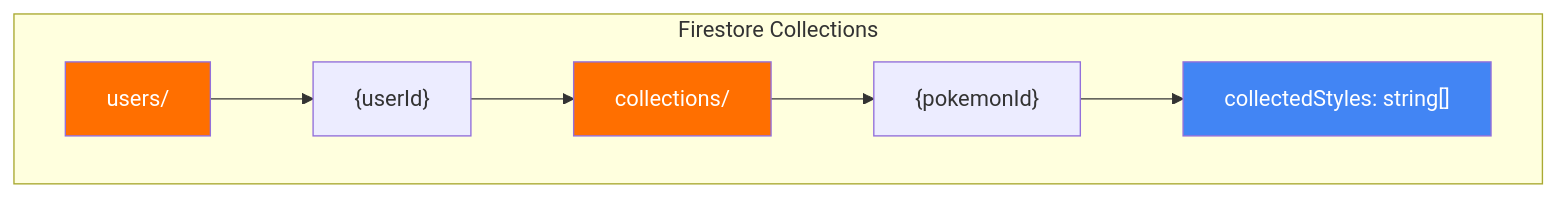
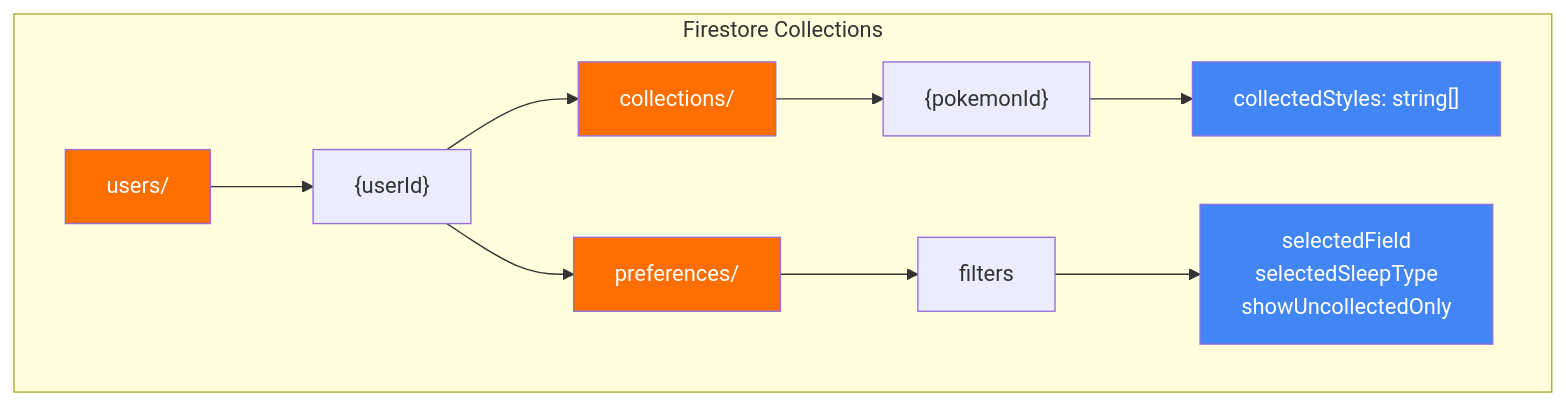
The fifth of 10 diagrams in docs/3_architecture.md (Kujo-n/pokesleepfaces), drawn with Mermaid before and after one commit. The commit also changed other lines of this file and 1 other file, not shown here.

Commit message:
docs: フィルタ設定保存機能と進捗表示改善に関するドキュメント更新

````diff
--- a/docs/3_architecture.md
+++ b/docs/3_architecture.md
@@ -123,19 +123,28 @@
 ```mermaid
 graph TB
     subgraph "Firestore Collections"
         Users[users/]
         UserDoc["{userId}"]
         Collections[collections/]
         PokemonDoc["{pokemonId}"]
         Data["collectedStyles: string[]"]
+        
+        Preferences[preferences/]
+        FiltersDoc["filters"]
+        FilterData["selectedField<br/>selectedSleepType<br/>showUncollectedOnly"]
     end
     
     Users --> UserDoc
     UserDoc --> Collections
+    UserDoc --> Preferences
     Collections --> PokemonDoc
     PokemonDoc --> Data
+    Preferences --> FiltersDoc
+    FiltersDoc --> FilterData
     
     style Users fill:#ff6f00,color:#fff
     style Collections fill:#ff6f00,color:#fff
     style Data fill:#4285f4,color:#fff
+    style Preferences fill:#ff6f00,color:#fff
+    style FilterData fill:#4285f4,color:#fff
 ```
````
